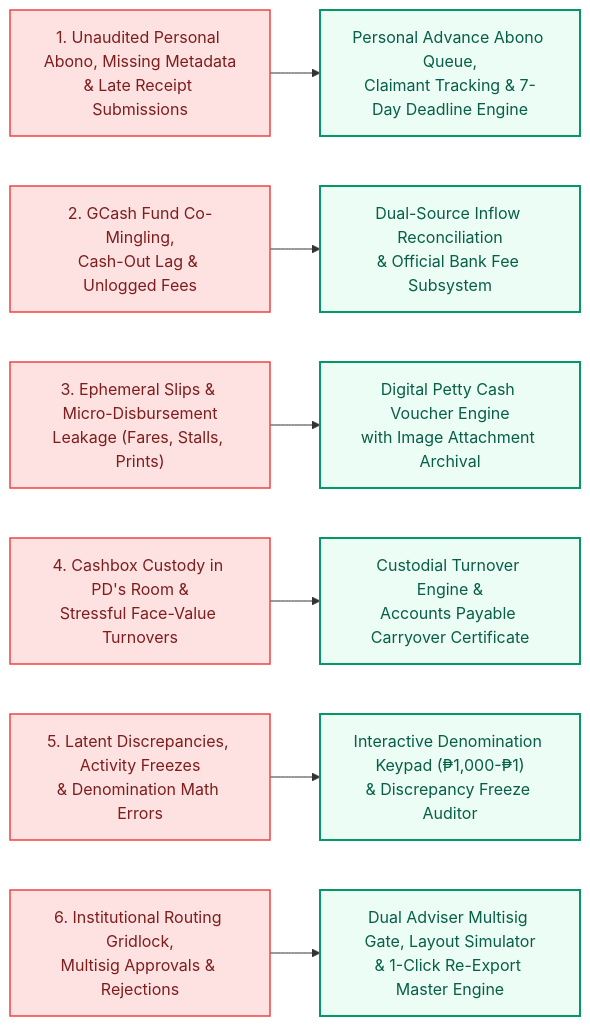
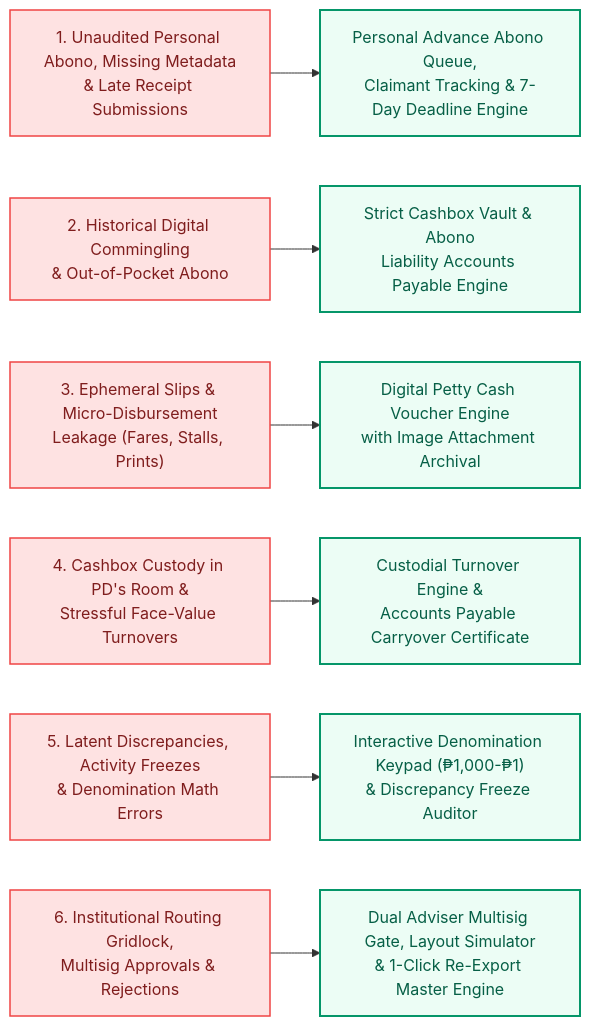
Before and after one commit to butterkookies/FinLITE: the fifth of 5 diagrams in docs/PROJECT_CONTEXT.md, drawn with Mermaid. The commit also changed other lines of this file and 19 other files, not shown here.

Commit message:
feat(finance): retire GCash module and transition to single physical cashbox model

````diff
--- a/docs/PROJECT_CONTEXT.md
+++ b/docs/PROJECT_CONTEXT.md
@@ -347,12 +348,12 @@
 ```mermaid
 flowchart LR
     classDef prob fill:#fee2e2,stroke:#ef4444,stroke-width:1.5px,color:#7f1d1d;
     classDef mod fill:#ecfdf5,stroke:#059669,stroke-width:2px,color:#065f46;
 
     P1["1. Unaudited Personal Abono, Missing Metadata<br/>& Late Receipt Submissions"]:::prob --> M1["Personal Advance Abono Queue,<br/>Claimant Tracking & 7-Day Deadline Engine"]:::mod
-    P2["2. GCash Fund Co-Mingling,<br/>Cash-Out Lag & Unlogged Fees"]:::prob --> M2["Dual-Source Inflow Reconciliation<br/>& Official Bank Fee Subsystem"]:::mod
+    P2["2. Historical Digital Commingling<br/>& Out-of-Pocket Abono"]:::prob --> M2["Strict Cashbox Vault & Abono<br/>Liability Accounts Payable Engine"]:::mod
     P3["3. Ephemeral Slips & Micro-Disbursement<br/>Leakage (Fares, Stalls, Prints)"]:::prob --> M3["Digital Petty Cash Voucher Engine<br/>with Image Attachment Archival"]:::mod
     P4["4. Cashbox Custody in PD's Room &<br/>Stressful Face-Value Turnovers"]:::prob --> M4["Custodial Turnover Engine &<br/>Accounts Payable Carryover Certificate"]:::mod
     P5["5. Latent Discrepancies, Activity Freezes<br/>& Denomination Math Errors"]:::prob --> M5["Interactive Denomination Keypad (₱1,000-₱1)<br/>& Discrepancy Freeze Auditor"]:::mod
     P6["6. Institutional Routing Gridlock,<br/>Multisig Approvals & Rejections"]:::prob --> M6["Dual Adviser Multisig Gate, Layout Simulator<br/>& 1-Click Re-Export Master Engine"]:::mod
 ```
````
